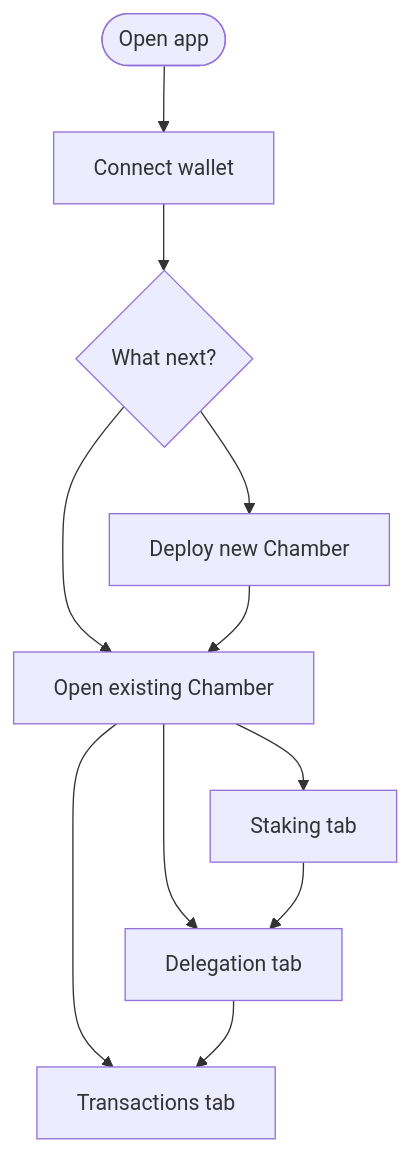
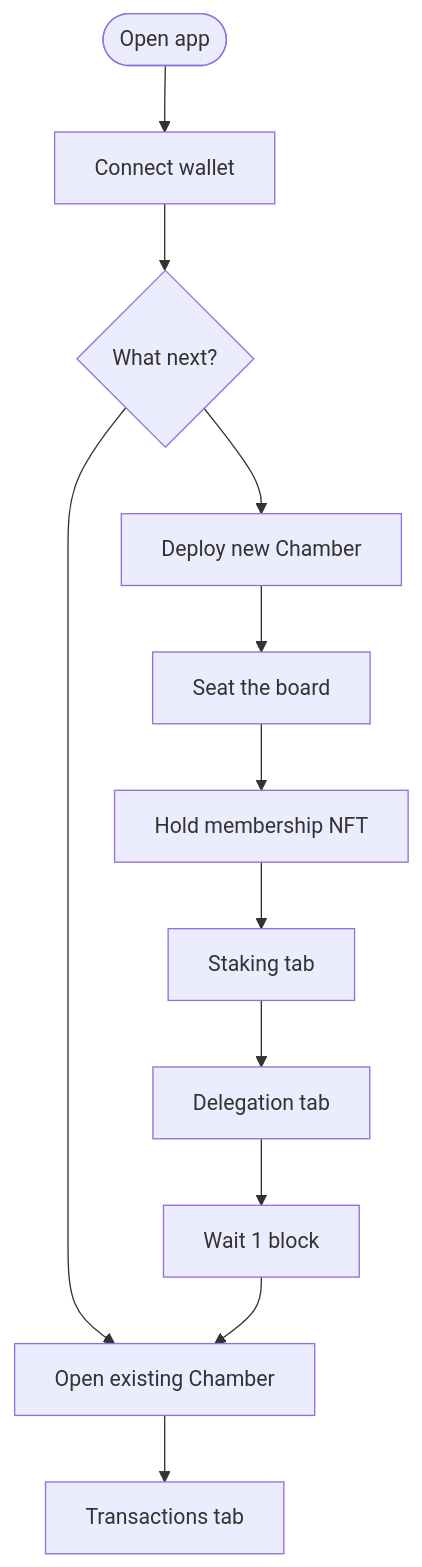
Before and after one commit to loreum-org/chamber: the diagram in app/src/docs/guides/app-routes.md, drawn with Mermaid. The commit also changed other lines of this file and 11 other files, not shown here.

First line of the commit message:
Seat the board after factory create (#150)

````diff
--- a/app/src/docs/guides/app-routes.md
+++ b/app/src/docs/guides/app-routes.md
@@ -30,13 +30,14 @@
 ```mermaid
 flowchart TD
   Start([Open app]) --> Connect[Connect wallet]
   Connect --> Hub{What next?}
   Hub --> Deploy[Deploy new Chamber]
   Hub --> Open[Open existing Chamber]
-  Deploy --> Open
-  Open --> Stake[Staking tab]
-  Open --> Del[Delegation tab]
+  Deploy --> Seat[Seat the board]
+  Seat --> HoldNft[Hold membership NFT]
+  HoldNft --> Stake[Staking tab]
+  Stake --> Del[Delegation tab]
+  Del --> Wait[Wait 1 block]
+  Wait --> Open
   Open --> Tx[Transactions tab]
-  Stake --> Del
-  Del --> Tx
 ```
````
